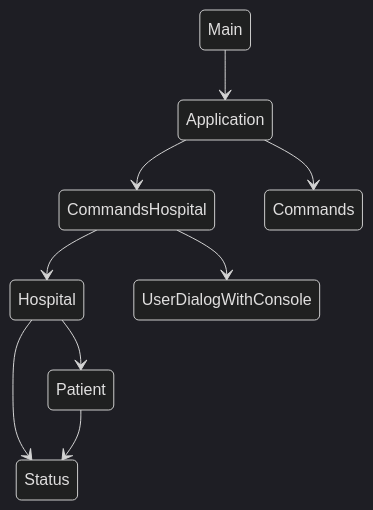
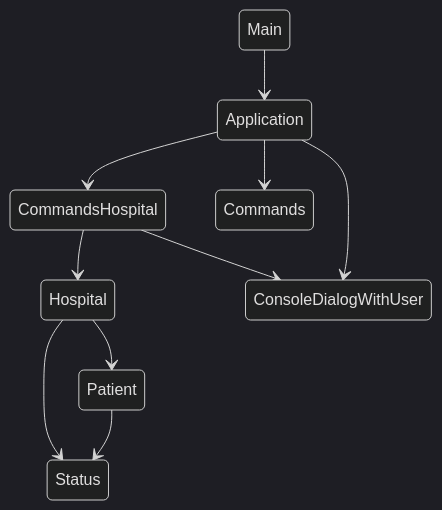
One commit to NikitaSivolobov/hospital_app changed the second of 2 diagrams in README.md. Above: the diagram before and after it, drawn with Mermaid (dark theme). The commit also changed other lines of this file and 11 other files, not shown here.

````diff
--- a/README.md
+++ b/README.md
@@ -137,11 +138,12 @@
 ```mermaid
 stateDiagram-v2
     Hospital --> Patient
     Hospital --> Status
     Patient --> Status
     CommandsHospital --> Hospital
-    CommandsHospital --> UserDialogWithConsole
+    CommandsHospital --> ConsoleDialogWithUser
     Application --> CommandsHospital
+    Application --> ConsoleDialogWithUser
     Application --> Commands
     Main --> Application
 ``` 
````
